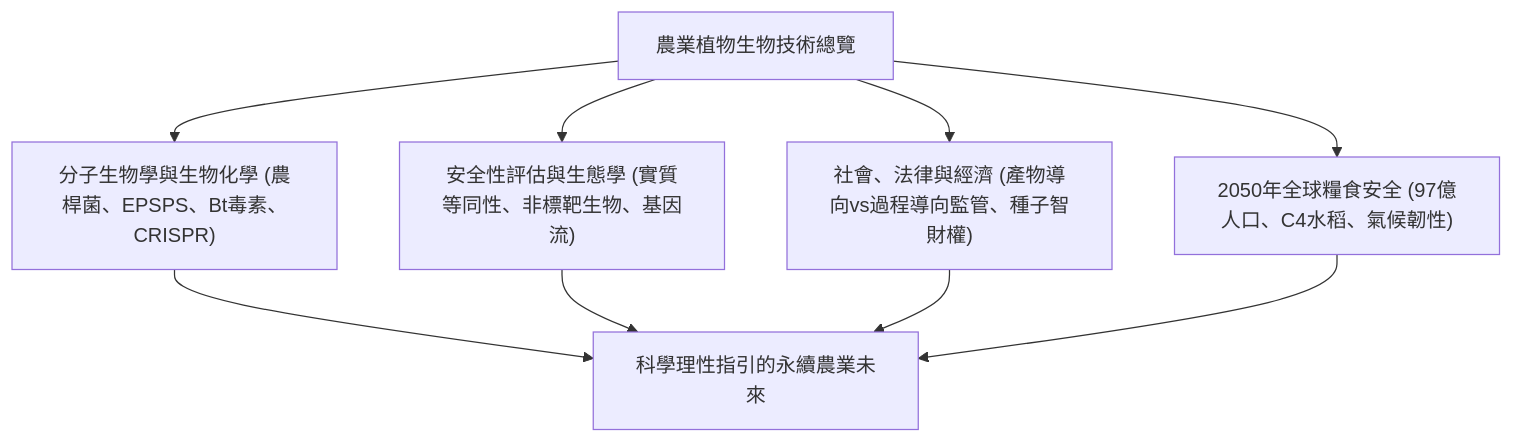
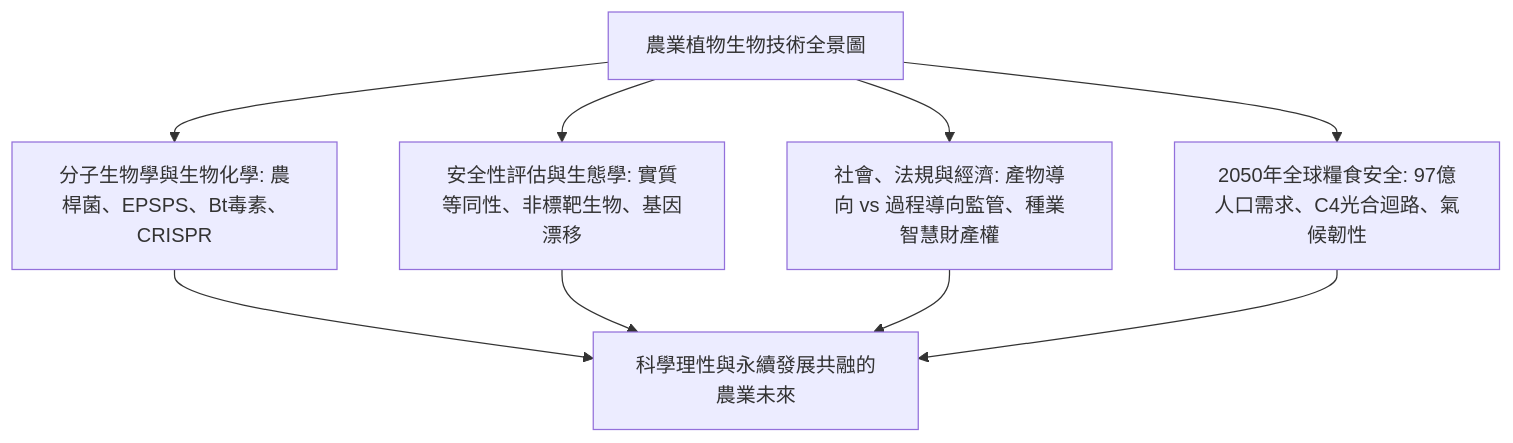
Before and after one commit to kenjinote/blog: the first of 3 diagrams in content/post/genetically-modified-crops-biotechnology-agriculture-safety-future/index.zh-tw.md, drawn with Mermaid. The commit also changed other lines of this file and 11 other files, not shown here.

````diff
--- a/content/post/genetically-modified-crops-biotechnology-agriculture-safety-future/index.zh-tw.md
+++ b/content/post/genetically-modified-crops-biotechnology-agriculture-safety-future/index.zh-tw.md
@@ -17,9 +22,10 @@
 ```mermaid
 flowchart TD
-    BIO["農業植物生物技術總覽"]
-    BIO --> M1["分子生物學與生物化學 (農桿菌、EPSPS、Bt毒素、CRISPR)"]
-    BIO --> M2["安全性評估與生態學 (實質等同性、非標靶生物、基因流)"]
-    BIO --> M3["社會、法律與經濟 (產物導向vs過程導向監管、種子智財權)"]
-    BIO --> M4["2050年全球糧食安全 (97億人口、C4水稻、氣候韌性)"]
-    M1 & M2 & M3 & M4 --> TOTAL["科學理性指引的永續農業未來"]
+    BIO["農業植物生物技術全景圖"]
+    BIO --> M1["分子生物學與生物化學: 農桿菌、EPSPS、Bt毒素、CRISPR"]
+    BIO --> M2["安全性評估與生態學: 實質等同性、非標靶生物、基因漂移"]
+    BIO --> M3["社會、法規與經濟: 產物導向 vs 過程導向監管、種業智慧財產權"]
+    BIO --> M4["2050年全球糧食安全: 97億人口需求、C4光合迴路、氣候韌性"]
+    
+    M1 & M2 & M3 & M4 --> TOTAL["科學理性與永續發展共融的農業未來"]
 ```
````
